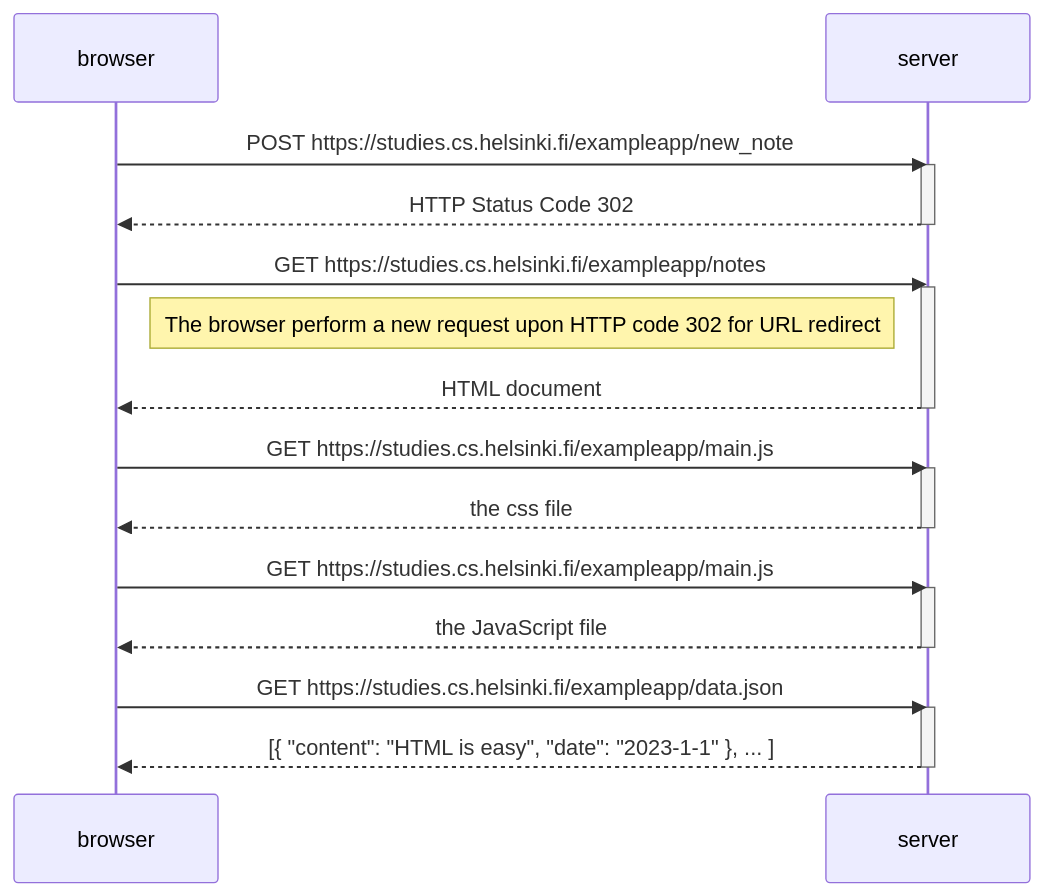
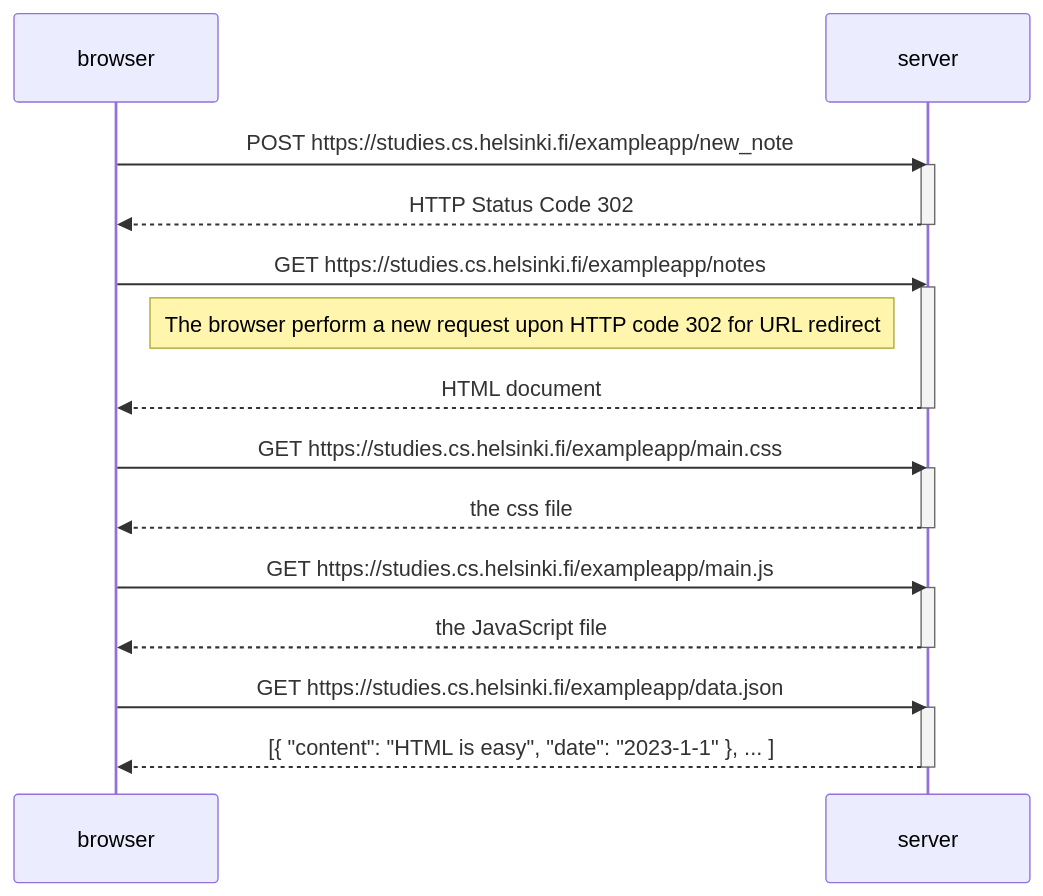
The first of 3 diagrams in part0/part0.md (yishenf1/fullstackopen), drawn with Mermaid before and after one commit. The commit also changed other lines of this file, not shown here.

````diff
--- a/part0/part0.md
+++ b/part0/part0.md
@@ -2,36 +2,36 @@
 ```mermaid
 sequenceDiagram
     participant browser
     participant server
 
     browser->>server: POST https://studies.cs.helsinki.fi/exampleapp/new_note
     activate server
     server-->>browser: HTTP Status Code 302
     deactivate server
 
     browser->>server: GET https://studies.cs.helsinki.fi/exampleapp/notes
     activate server
     
     Note right of browser: The browser perform a new request upon HTTP code 302 for URL redirect
     server-->>browser: HTML document
     deactivate server
 
 
-    browser->>server: GET https://studies.cs.helsinki.fi/exampleapp/main.js
+    browser->>server: GET https://studies.cs.helsinki.fi/exampleapp/main.css
     activate server
     server-->>browser: the css file
     deactivate server
 
     browser->>server: GET https://studies.cs.helsinki.fi/exampleapp/main.js
     activate server
     server-->>browser: the JavaScript file
     deactivate server
 
     
 
     browser->>server: GET https://studies.cs.helsinki.fi/exampleapp/data.json
     activate server
     server-->>browser: [{ "content": "HTML is easy", "date": "2023-1-1" }, ... ]
     deactivate server
 
 ```
````
